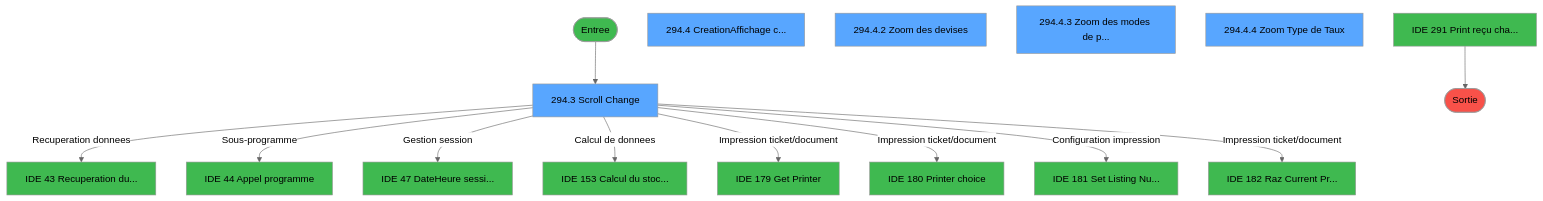
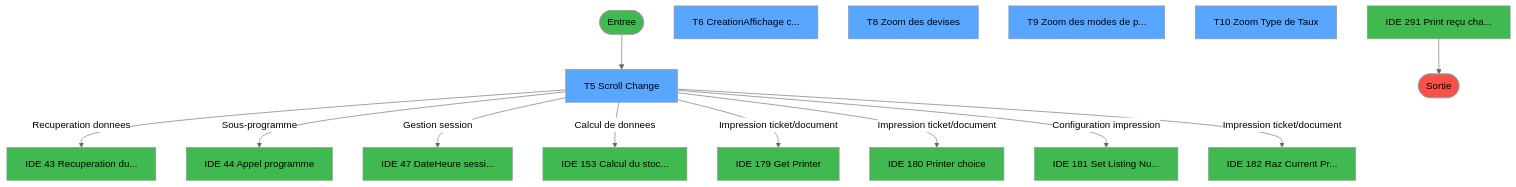
Before and after one commit to thonyAGP/magic-migration: the first of 4 diagrams in .openspec/specs/ADH-IDE-294.md, drawn with Mermaid (neutral theme). The commit also changed other lines of this file and 493 other files, not shown here.

````diff
--- a/.openspec/specs/ADH-IDE-294.md
+++ b/.openspec/specs/ADH-IDE-294.md
@@ -1440,45 +1383,45 @@
 ```mermaid
 flowchart TD
     START([Entree])
     style START fill:#3fb950
-    VF5[294.3 Scroll Change]
+    VF5[T5 Scroll Change]
     style VF5 fill:#58a6ff
-    VF6[294.4 CreationAffichage c...]
+    VF6[T6 CreationAffichage c...]
     style VF6 fill:#58a6ff
-    VF8[294.4.2 Zoom des devises]
+    VF8[T8 Zoom des devises]
     style VF8 fill:#58a6ff
-    VF9[294.4.3 Zoom des modes de p...]
+    VF9[T9 Zoom des modes de p...]
     style VF9 fill:#58a6ff
-    VF10[294.4.4 Zoom Type de Taux]
+    VF10[T10 Zoom Type de Taux]
     style VF10 fill:#58a6ff
     EXT43[IDE 43 Recuperation du...]
     style EXT43 fill:#3fb950
     EXT44[IDE 44 Appel programme]
     style EXT44 fill:#3fb950
     EXT47[IDE 47 DateHeure sessi...]
     style EXT47 fill:#3fb950
     EXT153[IDE 153 Calcul du stoc...]
     style EXT153 fill:#3fb950
     EXT179[IDE 179 Get Printer]
     style EXT179 fill:#3fb950
     EXT180[IDE 180 Printer choice]
     style EXT180 fill:#3fb950
     EXT181[IDE 181 Set Listing Nu...]
     style EXT181 fill:#3fb950
     EXT182[IDE 182 Raz Current Pr...]
     style EXT182 fill:#3fb950
     EXT291[IDE 291 Print reçu cha...]
     style EXT291 fill:#3fb950
     FIN([Sortie])
     style FIN fill:#f85149
     START --> VF5
     VF5 -->|Recuperation donnees| EXT43
     VF5 -->|Sous-programme| EXT44
     VF5 -->|Gestion session| EXT47
     VF5 -->|Calcul de donnees| EXT153
     VF5 -->|Impression ticket/document| EXT179
     VF5 -->|Impression ticket/document| EXT180
     VF5 -->|Configuration impression| EXT181
     VF5 -->|Impression ticket/document| EXT182
     EXT291 --> FIN
 ```
````
